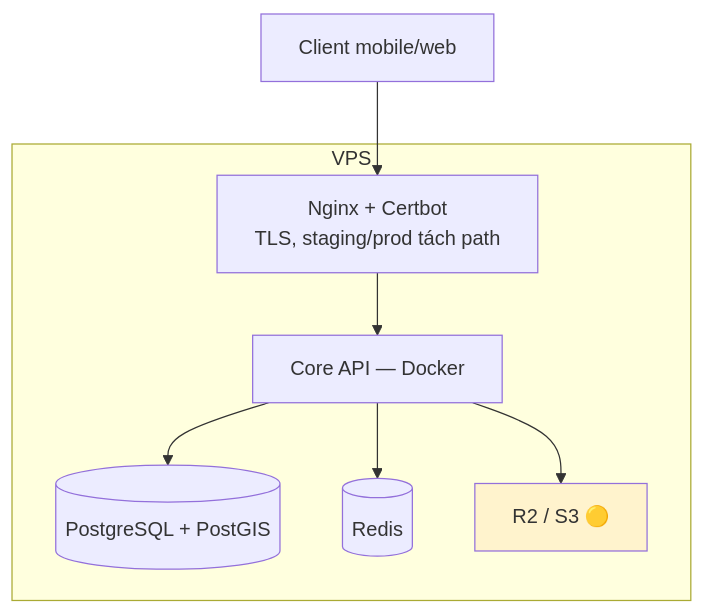
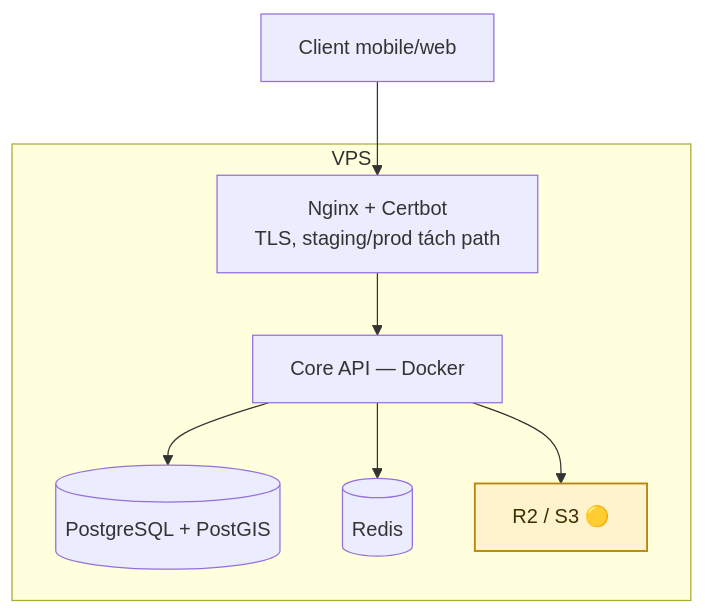
The third of 4 diagrams in docs/diagram/29-cicd.md (fdshn/trueheart), drawn with Mermaid before and after one commit. The commit also changed other lines of this file and 30 other files, not shown here.

First line of the commit message:
docs(diagram): chữ trong khối tô màu đọc được ở cả giao diện sáng và tối

````diff
--- a/docs/diagram/29-cicd.md
+++ b/docs/diagram/29-cicd.md
@@ -62,13 +62,13 @@
 ```mermaid
 flowchart TB
     subgraph VPS
         N["Nginx + Certbot<br/>TLS, staging/prod tách path"]
         N --> C["Core API — Docker"]
         C --> P[(PostgreSQL + PostGIS)]
         C --> R[(Redis)]
         C --> S["R2 / S3 🟡"]
     end
     U[Client mobile/web] --> N
 
-    style S fill:#fff3cd
+    style S fill:#fff3cd,stroke:#b8860b,stroke-width:1.5px,color:#3d2f00
 ```
````
